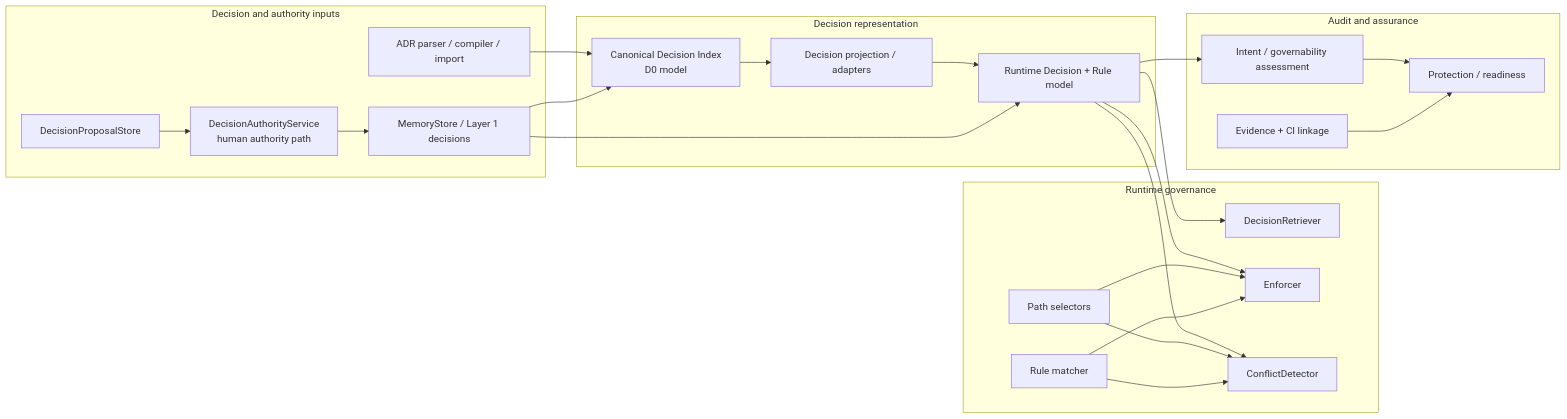
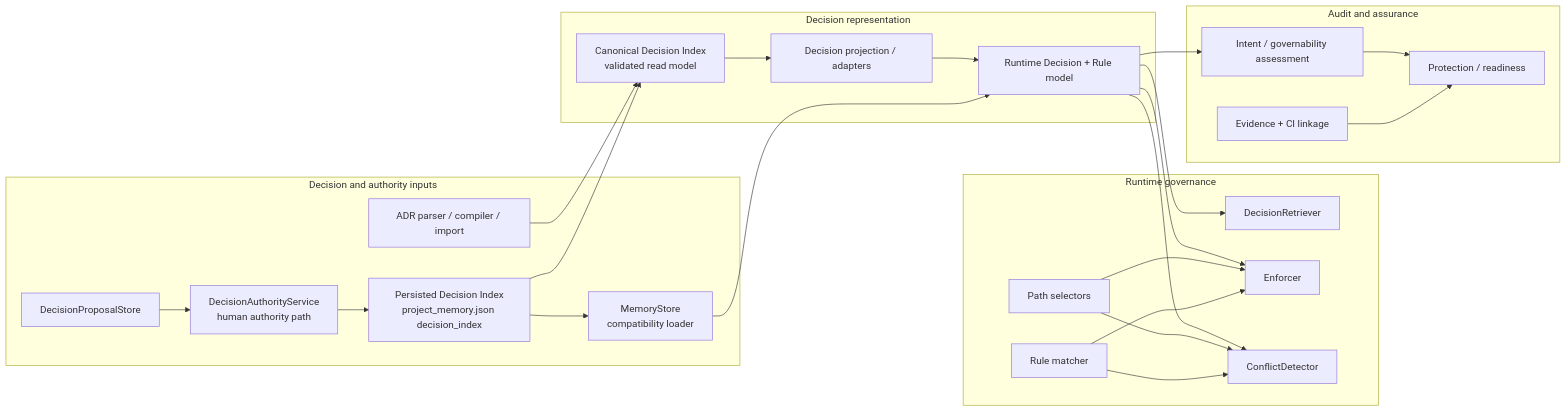
Before and after one commit to MnemeHQ/mneme: the third of 4 diagrams in docs/architecture/README.md, drawn with Mermaid. The commit also changed other lines of this file and 3 other files, not shown here.

````diff
--- a/docs/architecture/README.md
+++ b/docs/architecture/README.md
@@ -216,50 +218,52 @@
 ```mermaid
 flowchart LR
     subgraph Inputs["Decision and authority inputs"]
         ADR["ADR parser / compiler / import"]
         Proposal["DecisionProposalStore"]
         Authority["DecisionAuthorityService<br/>human authority path"]
-        RuntimeMemory["MemoryStore / Layer 1 decisions"]
+        Persisted["Persisted Decision Index<br/>project_memory.json decision_index"]
+        MemoryStore["MemoryStore<br/>compatibility loader"]
     end
 
     subgraph Model["Decision representation"]
-        Index["Canonical Decision Index<br/>D0 model"]
+        Index["Canonical Decision Index<br/>validated read model"]
         Projection["Decision projection / adapters"]
         Runtime["Runtime Decision + Rule model"]
     end
 
     subgraph Governance["Runtime governance"]
         Retriever["DecisionRetriever"]
         Enforcer["Enforcer"]
         Conflict["ConflictDetector"]
         Paths["Path selectors"]
         Matcher["Rule matcher"]
     end
 
     subgraph Assurance["Audit and assurance"]
         Intent["Intent / governability assessment"]
         Protection["Protection / readiness"]
         Evidence["Evidence + CI linkage"]
     end
 
     ADR --> Index
-    RuntimeMemory --> Index
     Proposal --> Authority
-    Authority --> RuntimeMemory
+    Authority --> Persisted
+    Persisted --> Index
+    Persisted --> MemoryStore
 
     Index --> Projection
     Projection --> Runtime
-    RuntimeMemory --> Runtime
+    MemoryStore --> Runtime
 
     Runtime --> Retriever
     Runtime --> Enforcer
     Runtime --> Conflict
     Paths --> Enforcer
     Paths --> Conflict
     Matcher --> Enforcer
     Matcher --> Conflict
 
     Runtime --> Intent
     Intent --> Protection
     Evidence --> Protection
 ```
````
